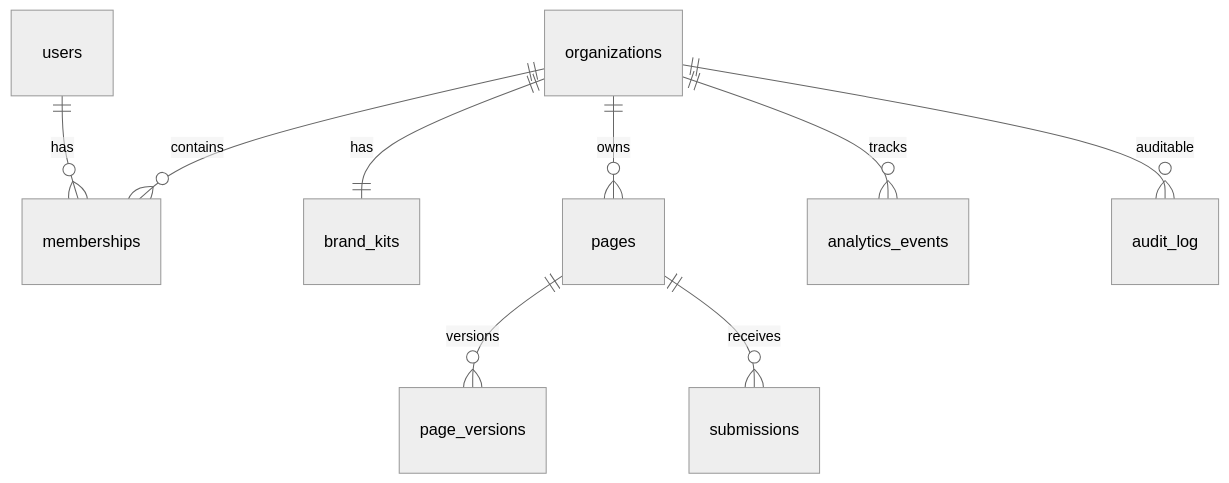
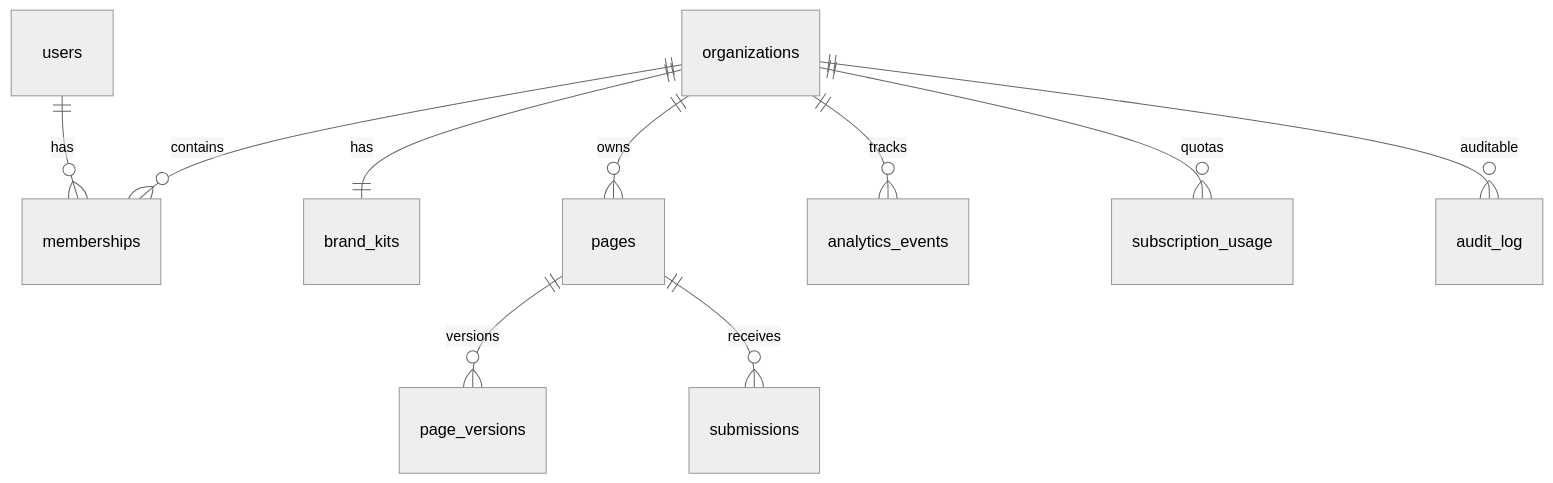
The diagram in docs/architecture/DATABASE.md (HiNala/forge-app), drawn with Mermaid (neutral theme) before and after one commit. The commit also changed other lines of this file and 6 other files, not shown here.

````diff
--- a/docs/architecture/DATABASE.md
+++ b/docs/architecture/DATABASE.md
@@ -7,11 +7,12 @@
 ```mermaid
 erDiagram
   users ||--o{ memberships : has
   organizations ||--o{ memberships : contains
   organizations ||--|| brand_kits : has
   organizations ||--o{ pages : owns
   pages ||--o{ page_versions : versions
   pages ||--o{ submissions : receives
   organizations ||--o{ analytics_events : tracks
+  organizations ||--o{ subscription_usage : quotas
   organizations ||--o{ audit_log : auditable
 ```
````
